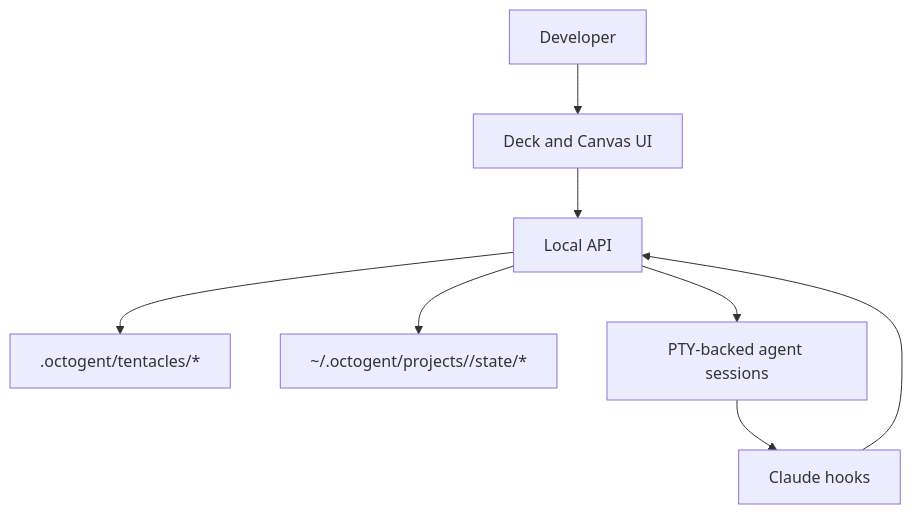
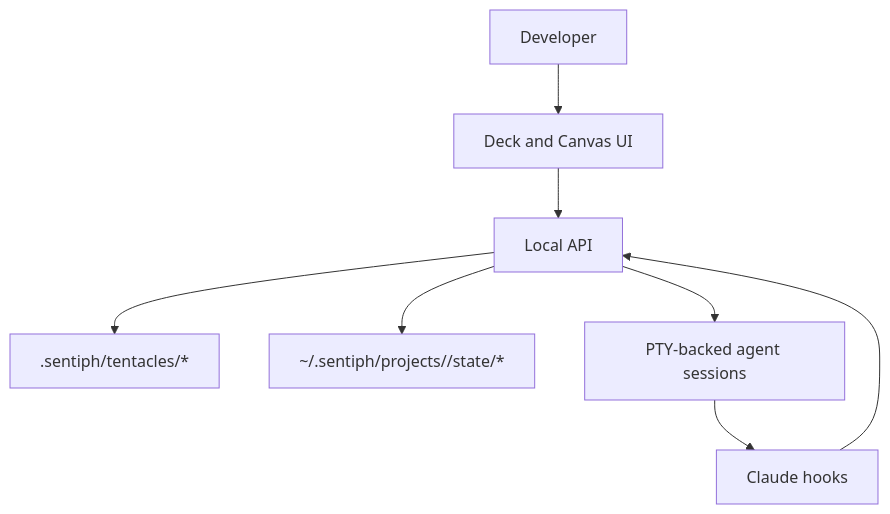
One commit to josephg29/sentiph changed the diagram in docs/concepts/mental-model.md. Above: the diagram before and after it, drawn with Mermaid. The commit also changed other lines of this file and 43 other files, not shown here.

First line of the commit message:
refactor: rebrand octogent → sentiph across all source files

````diff
--- a/docs/concepts/mental-model.md
+++ b/docs/concepts/mental-model.md
@@ -9,10 +9,10 @@
 ```mermaid
 flowchart TD
   Human[Developer] --> Deck[Deck and Canvas UI]
   Deck --> API[Local API]
-  API --> Files[".octogent/tentacles/*"]
-  API --> State["~/.octogent/projects/<id>/state/*"]
+  API --> Files[".sentiph/tentacles/*"]
+  API --> State["~/.sentiph/projects/<id>/state/*"]
   API --> PTY[PTY-backed agent sessions]
   PTY --> Hooks[Claude hooks]
   Hooks --> API
 ```
````
